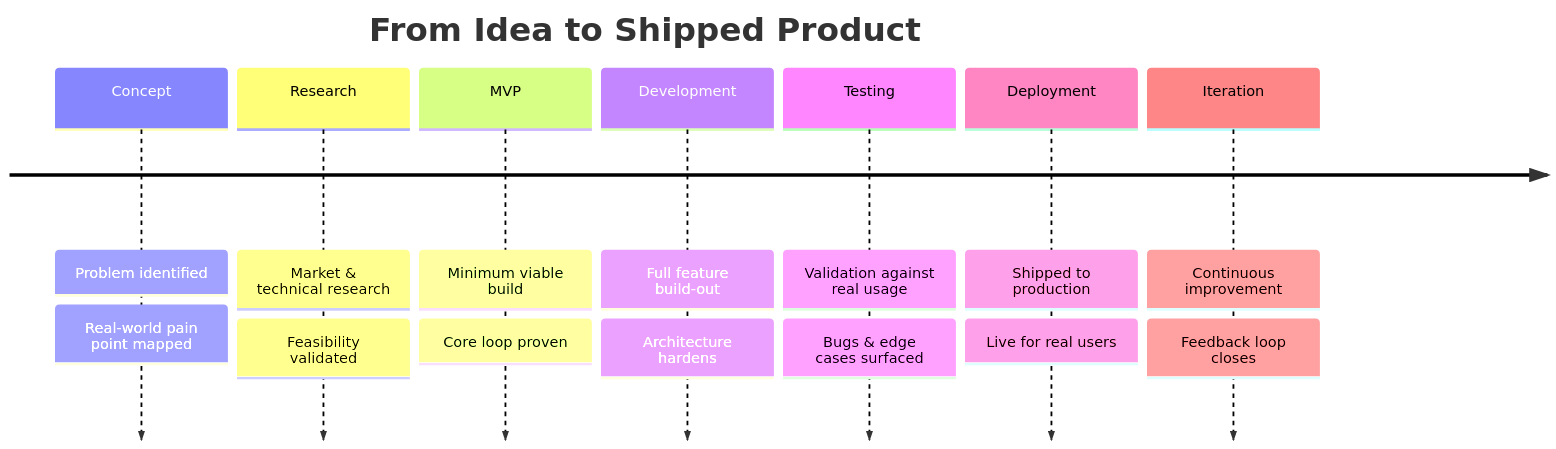
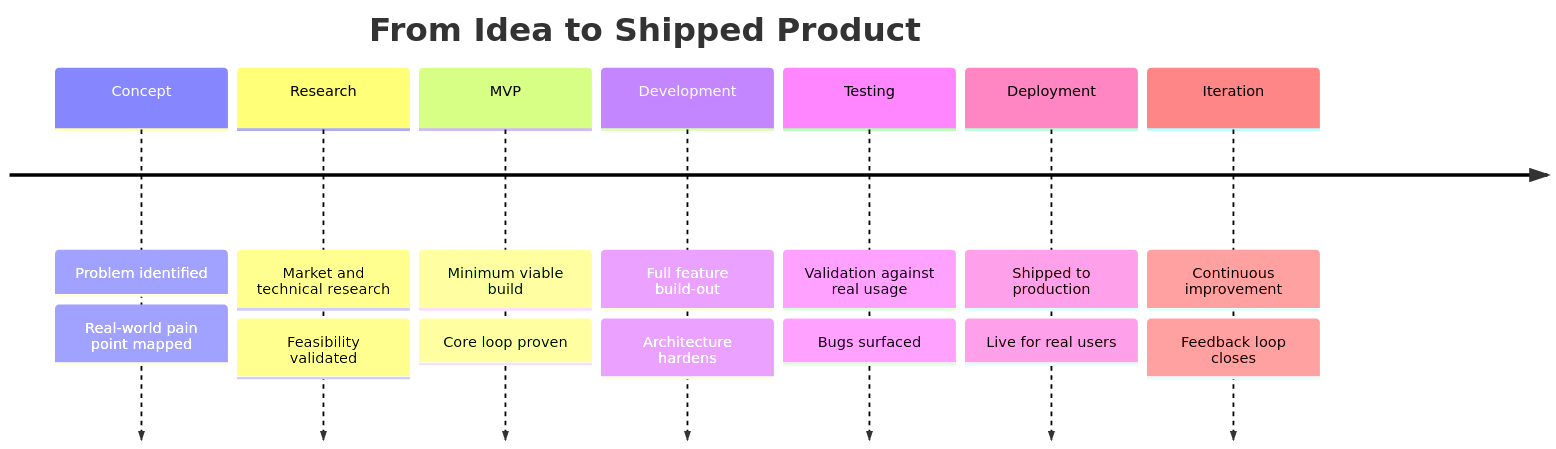
Before and after one commit to mav8stro/mav8stro: the third of 3 diagrams in README.md, drawn with Mermaid. The commit also changed other lines of this file, not shown here.

````diff
--- a/README.md
+++ b/README.md
@@ -249,11 +256,11 @@
 ```mermaid
 timeline
     title From Idea to Shipped Product
     Concept : Problem identified : Real-world pain point mapped
-    Research : Market & technical research : Feasibility validated
+    Research : Market and technical research : Feasibility validated
     MVP : Minimum viable build : Core loop proven
     Development : Full feature build-out : Architecture hardens
-    Testing : Validation against real usage : Bugs & edge cases surfaced
+    Testing : Validation against real usage : Bugs surfaced
     Deployment : Shipped to production : Live for real users
     Iteration : Continuous improvement : Feedback loop closes
 ```
````
